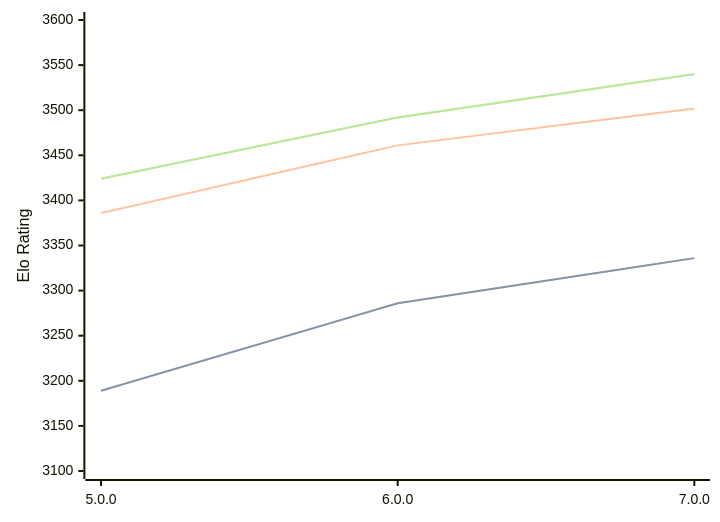
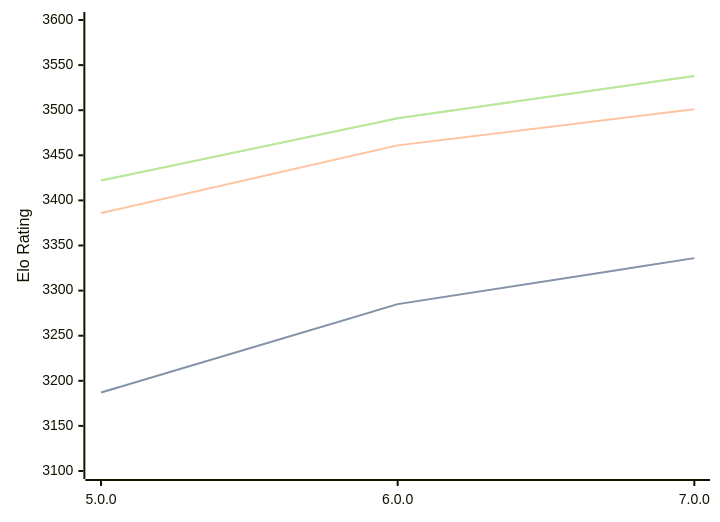
One commit to computer-chess-index/cci changed the diagram in engines/Stormphrax.md. Above: the diagram before and after it, drawn with Mermaid. The commit also changed other lines of this file, not shown here.

Commit message:
Update CCI Ratings (ELO VLTC) - 2026-06-07

````diff
--- a/engines/Stormphrax.md
+++ b/engines/Stormphrax.md
@@ -38,11 +38,11 @@
 ```mermaid
 %%{init: {"theme":"base","themeVariables":{"seriesColors:['#a3a3a3','#222221','#faa371']}}}%%
 xychart-beta
   x-axis ["5.0.0", "6.0.0", "7.0.0"]
   y-axis "Elo Rating" 3100 --> 3600
-  line "STC (8.0+0.08s)" [3189, 3286, 3336]
-  line "STC (8.0+0.08s)" [3189, 3286, 3336]
-  line "LTC (60.0+0.60s)" [3386, 3461, 3502]
-  line "VLTC (2m24s+1.12s)" [3424, 3492, 3540]
-  line "VLTC (2m24s+1.12s)" [3424, 3492, 3540]
+  line "STC (8.0+0.08s)" [3187, 3285, 3336]
+  line "STC (8.0+0.08s)" [3187, 3285, 3336]
+  line "LTC (60.0+0.60s)" [3386, 3461, 3501]
+  line "VLTC (2m24s+1.12s)" [3422, 3491, 3538]
+  line "VLTC (2m24s+1.12s)" [3422, 3491, 3538]
 ```
````
